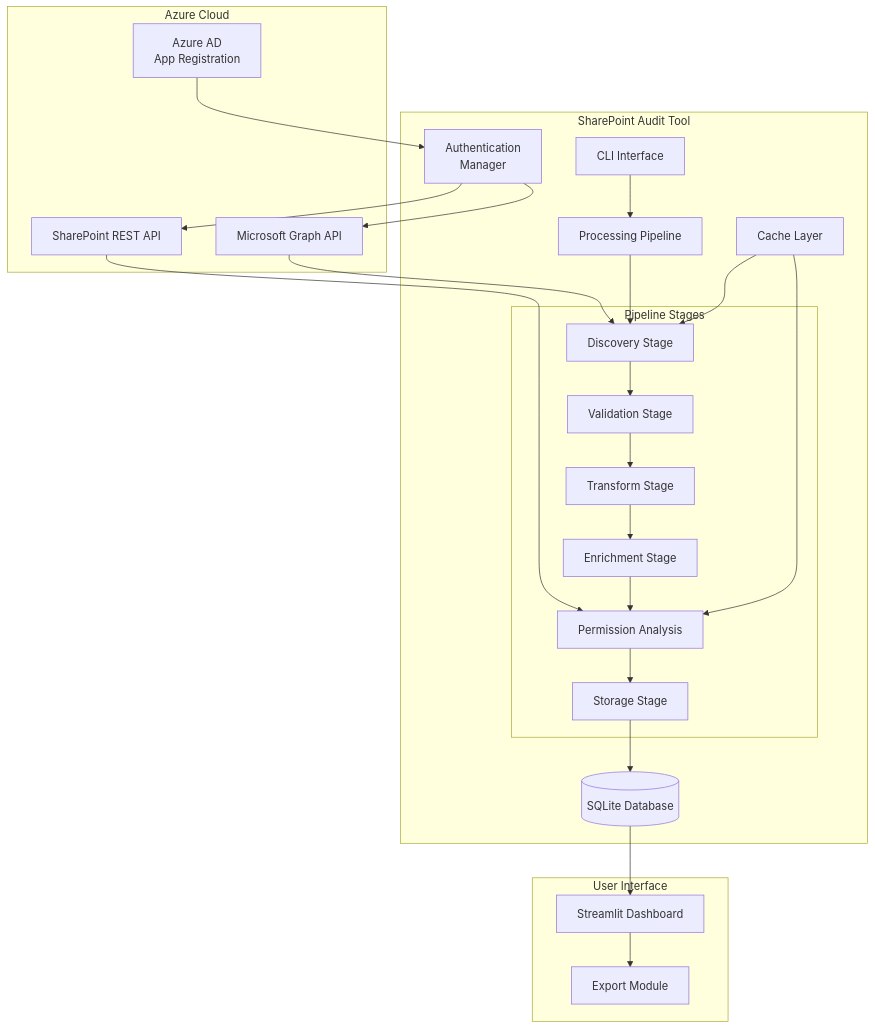
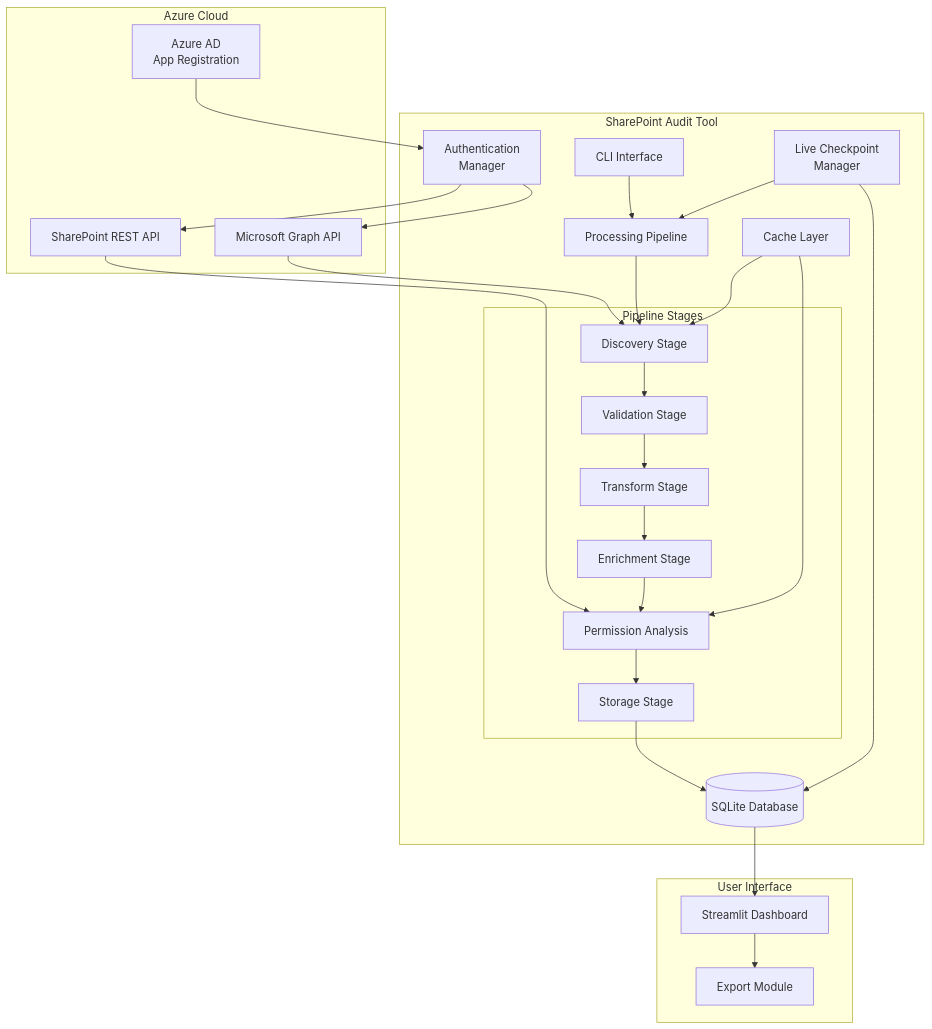
The diagram in README.md (bcdannyboy/SharepointAudit), drawn with Mermaid before and after one commit. The commit also changed other lines of this file and 41 other files, not shown here.

````diff
--- a/README.md
+++ b/README.md
@@ -317,51 +413,54 @@
 ```mermaid
 graph TB
     subgraph "Azure Cloud"
         AAD[Azure AD<br/>App Registration]
         MSGraph[Microsoft Graph API]
         SPAPI[SharePoint REST API]
     end
 
     subgraph "SharePoint Audit Tool"
         CLI[CLI Interface]
         AUTH[Authentication<br/>Manager]
         PIPELINE[Processing Pipeline]
         CACHE[Cache Layer]
+        CHECKPOINT[Live Checkpoint<br/>Manager]
         DB[(SQLite Database)]
 
         subgraph "Pipeline Stages"
             DISC[Discovery Stage]
             VAL[Validation Stage]
             TRANS[Transform Stage]
             ENRICH[Enrichment Stage]
             PERM[Permission Analysis]
             STORE[Storage Stage]
         end
     end
 
     subgraph "User Interface"
         DASH[Streamlit Dashboard]
         EXPORT[Export Module]
     end
 
     AAD --> AUTH
     AUTH --> MSGraph
     AUTH --> SPAPI
     MSGraph --> DISC
     SPAPI --> PERM
 
     CLI --> PIPELINE
     PIPELINE --> DISC
     DISC --> VAL
     VAL --> TRANS
     TRANS --> ENRICH
     ENRICH --> PERM
     PERM --> STORE
     STORE --> DB
 
     CACHE --> DISC
     CACHE --> PERM
+    CHECKPOINT --> PIPELINE
+    CHECKPOINT --> DB
 
     DB --> DASH
     DASH --> EXPORT
 ```
````
